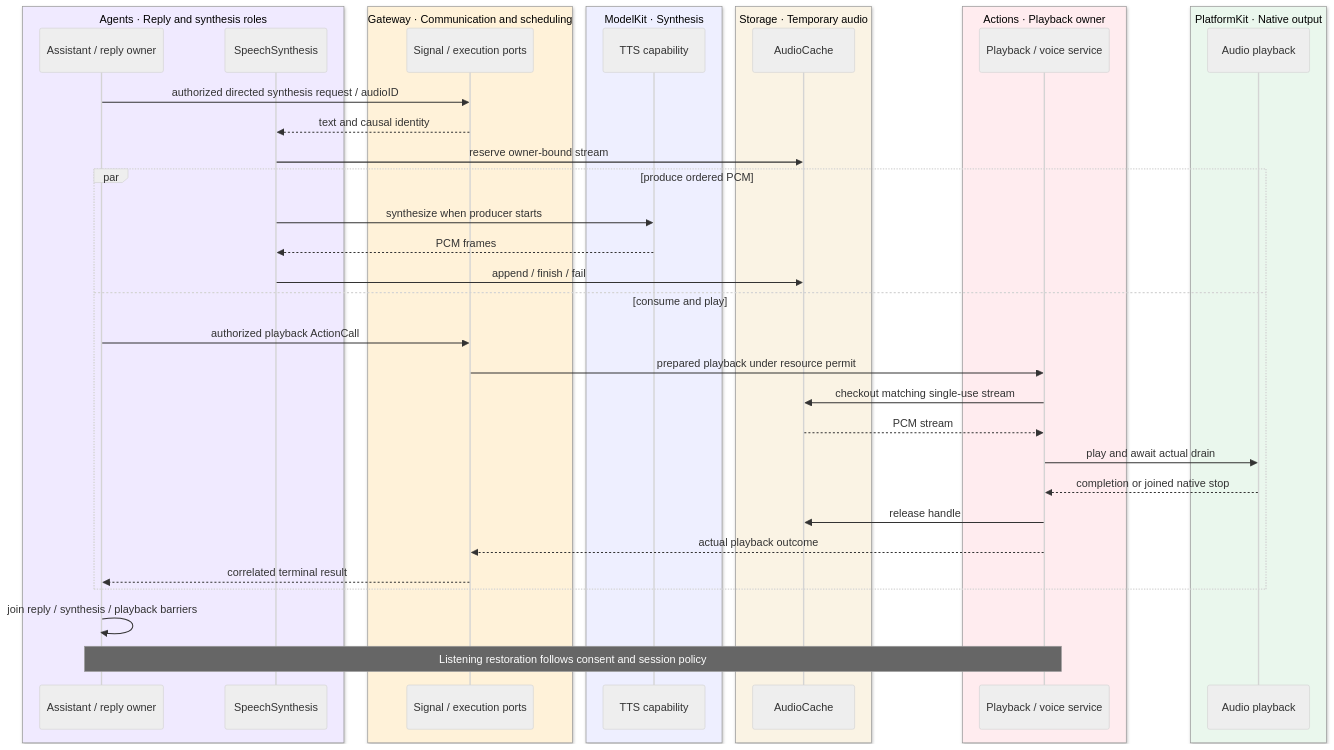
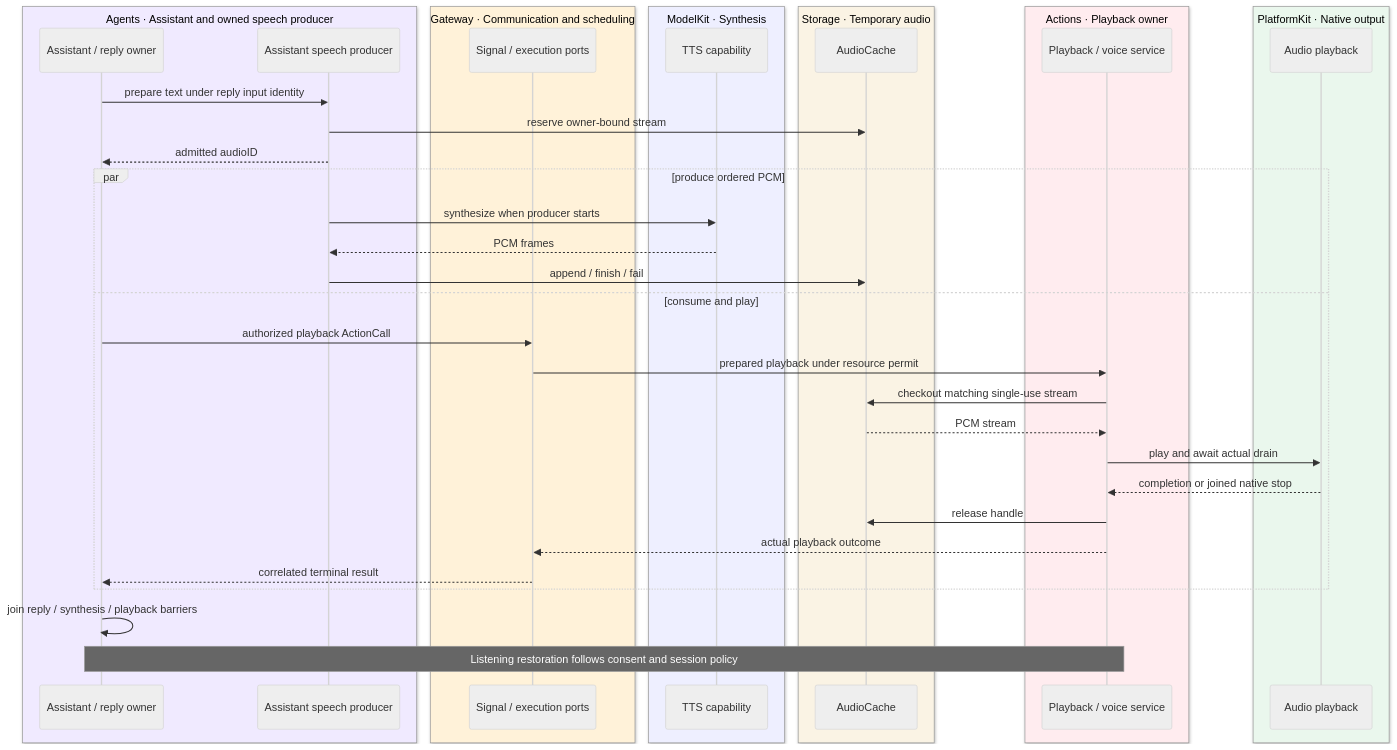
Diagram 17 of 26 in MobileHarness/README.md (devilyouwei/MobileHarness), drawn with Mermaid (neutral theme) before and after one commit. The commit also changed other lines of this file and 119 other files, not shown here.

````diff
--- a/MobileHarness/README.md
+++ b/MobileHarness/README.md
@@ -1050,42 +1050,42 @@
 ```mermaid
 sequenceDiagram
-    box rgb(240,234,255) Agents · Reply and synthesis roles
+    box rgb(240,234,255) Agents · Assistant and owned speech producer
         participant A as Assistant / reply owner
-        participant T as SpeechSynthesis
+        participant T as Assistant speech producer
     end
     box rgb(255,242,217) Gateway · Communication and scheduling
         participant G as Signal / execution ports
     end
     box rgb(238,239,255) ModelKit · Synthesis
         participant M as TTS capability
     end
     box rgb(250,243,228) Storage · Temporary audio
         participant C as AudioCache
     end
     box rgb(255,236,239) Actions · Playback owner
         participant P as Playback / voice service
     end
     box rgb(234,247,237) PlatformKit · Native output
         participant N as Audio playback
     end
-    A->>G: authorized directed synthesis request / audioID
-    G-->>T: text and causal identity
+    A->>T: prepare text under reply input identity
     T->>C: reserve owner-bound stream
+    T-->>A: admitted audioID
     par produce ordered PCM
         T->>M: synthesize when producer starts
         M-->>T: PCM frames
         T->>C: append / finish / fail
     and consume and play
         A->>G: authorized playback ActionCall
         G->>P: prepared playback under resource permit
         P->>C: checkout matching single-use stream
         C-->>P: PCM stream
         P->>N: play and await actual drain
         N-->>P: completion or joined native stop
         P->>C: release handle
         P-->>G: actual playback outcome
         G-->>A: correlated terminal result
     end
     A->>A: join reply / synthesis / playback barriers
     Note over A,P: Listening restoration follows consent and session policy
 ```
````
